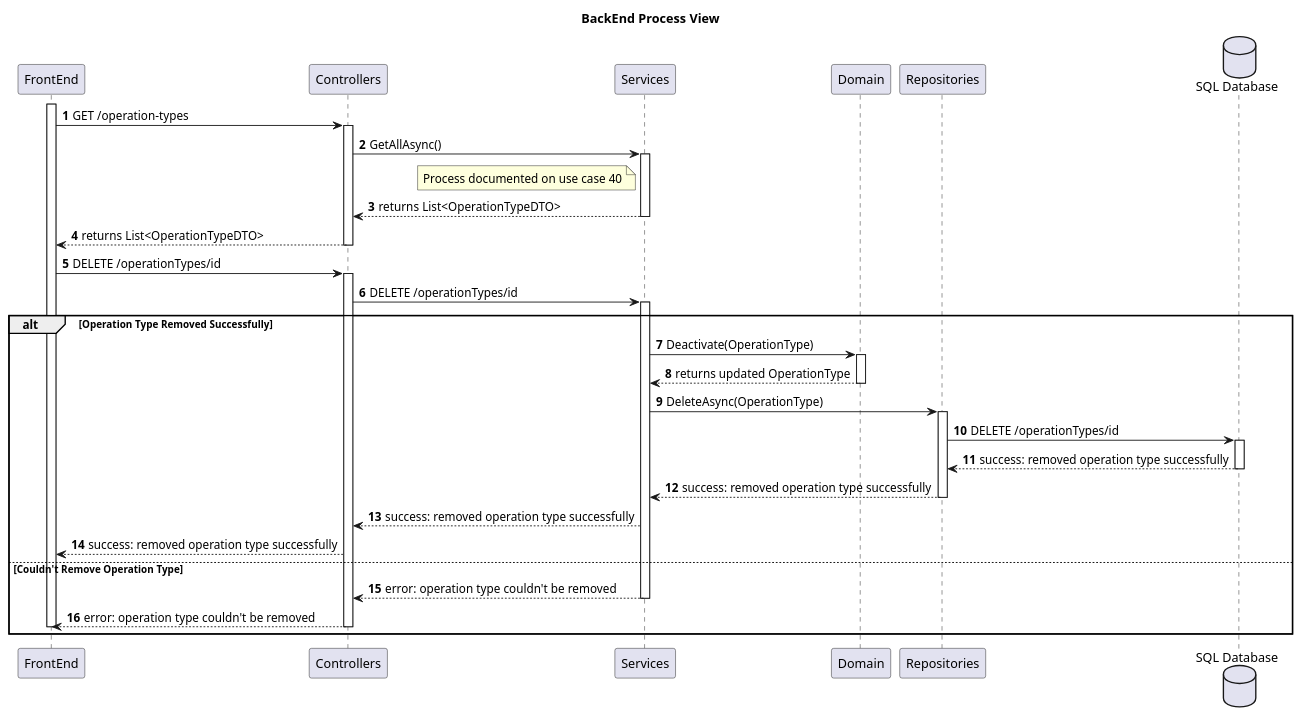
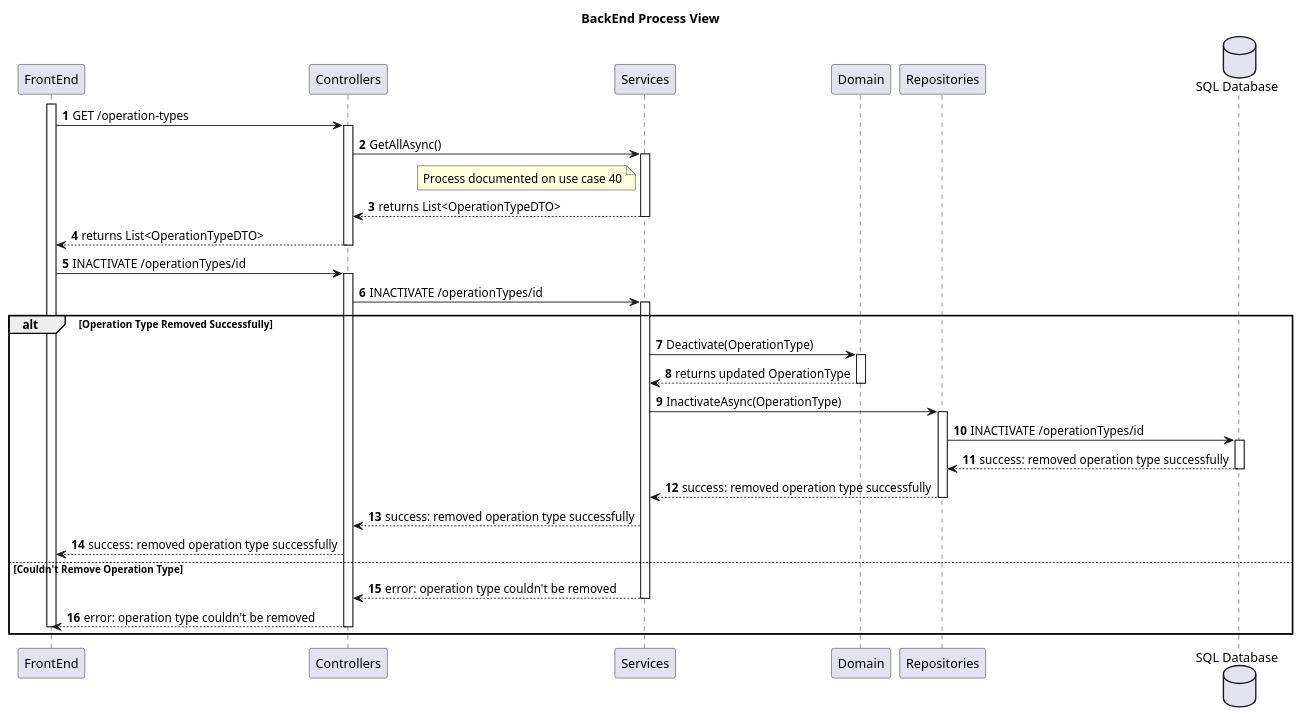
Before and after one commit to MiguelCardoso77/SurgicalSync-BackEnd: the diagram in docs/SprintA/39-remove-operation-types/level3/backend-process-view.puml, drawn with PlantUML. The commit also changed 3 other files, not shown here.

```diff
--- a/docs/SprintA/39-remove-operation-types/level3/backend-process-view.puml
+++ b/docs/SprintA/39-remove-operation-types/level3/backend-process-view.puml
@@ -1,69 +1,69 @@
 @startuml
 autonumber
 
 title BackEnd Process View
 
 participant "FrontEnd" as FE
 participant "Controllers" as CN
 participant "Services" as SV
 participant "Domain" as DM
 participant "Repositories" as REPO
 database "SQL Database" as SQL
 
 activate FE
     FE -> CN : GET /operation-types
     activate CN
         
         CN -> SV : GetAllAsync()
         activate SV
         
             note left of SV
                 Process documented on use case 40
             end note
             SV --> CN : returns List<OperationTypeDTO>
         deactivate SV
         
         CN --> FE : returns List<OperationTypeDTO>
     deactivate CN
 
-    FE -> CN: DELETE /operationTypes/id
+    FE -> CN: INACTIVATE /operationTypes/id
     activate CN
     
-        CN -> SV : DELETE /operationTypes/id
+        CN -> SV : INACTIVATE /operationTypes/id
         activate SV
         
 alt Operation Type Removed Successfully
 
             SV -> DM : Deactivate(OperationType)
             activate DM
             
                 DM --> SV : returns updated OperationType
             deactivate DM
                  
-            SV -> REPO : DeleteAsync(OperationType)
+            SV -> REPO : InactivateAsync(OperationType)
             activate REPO
             
-                REPO -> SQL : DELETE /operationTypes/id
+                REPO -> SQL : INACTIVATE /operationTypes/id
                 activate SQL
                 
                     SQL --> REPO : success: removed operation type successfully
                 deactivate SQL
                 
                 REPO --> SV : success: removed operation type successfully
             deactivate REPO
             
 
             SV --> CN : success: removed operation type successfully
         FE <-- CN: success: removed operation type successfully
 
 else Couldn't Remove Operation Type
 
             SV --> CN : error: operation type couldn't be removed
         deactivate SV
         FE <-- CN: error: operation type couldn't be removed
     deactivate CN     
                
 deactivate FE
 end
 
 @enduml
```
